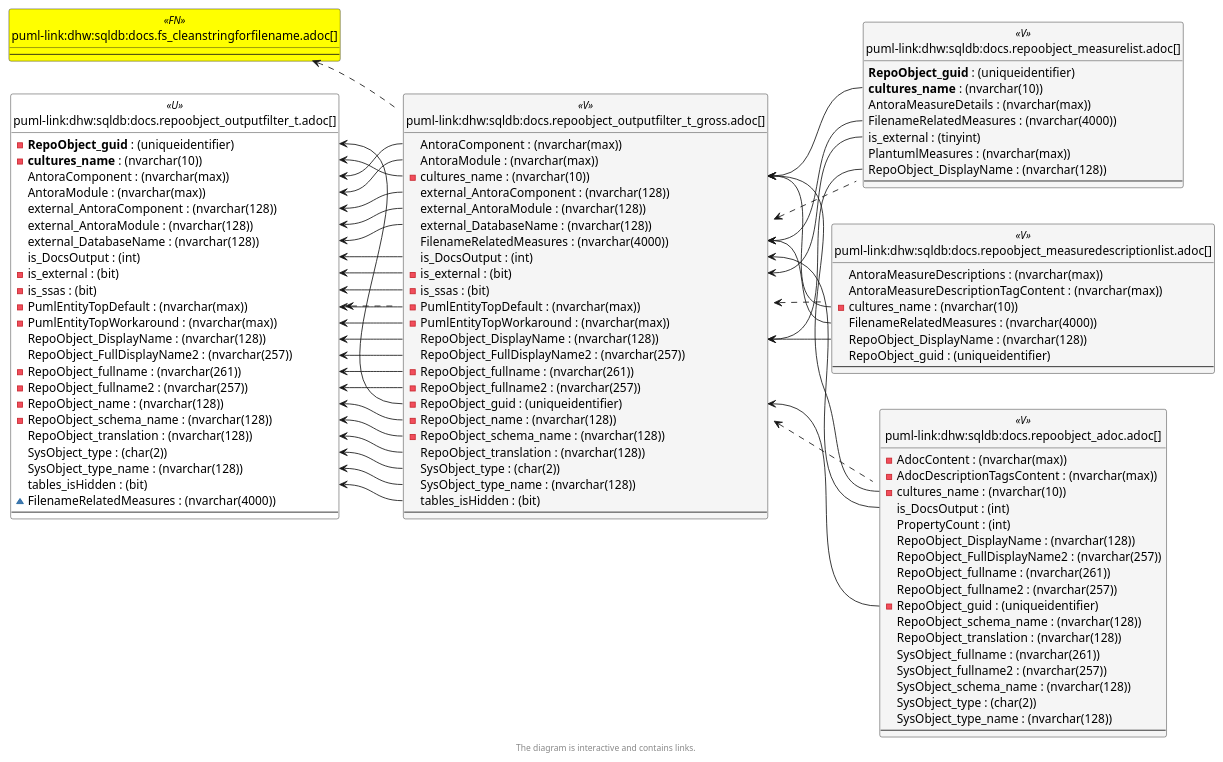
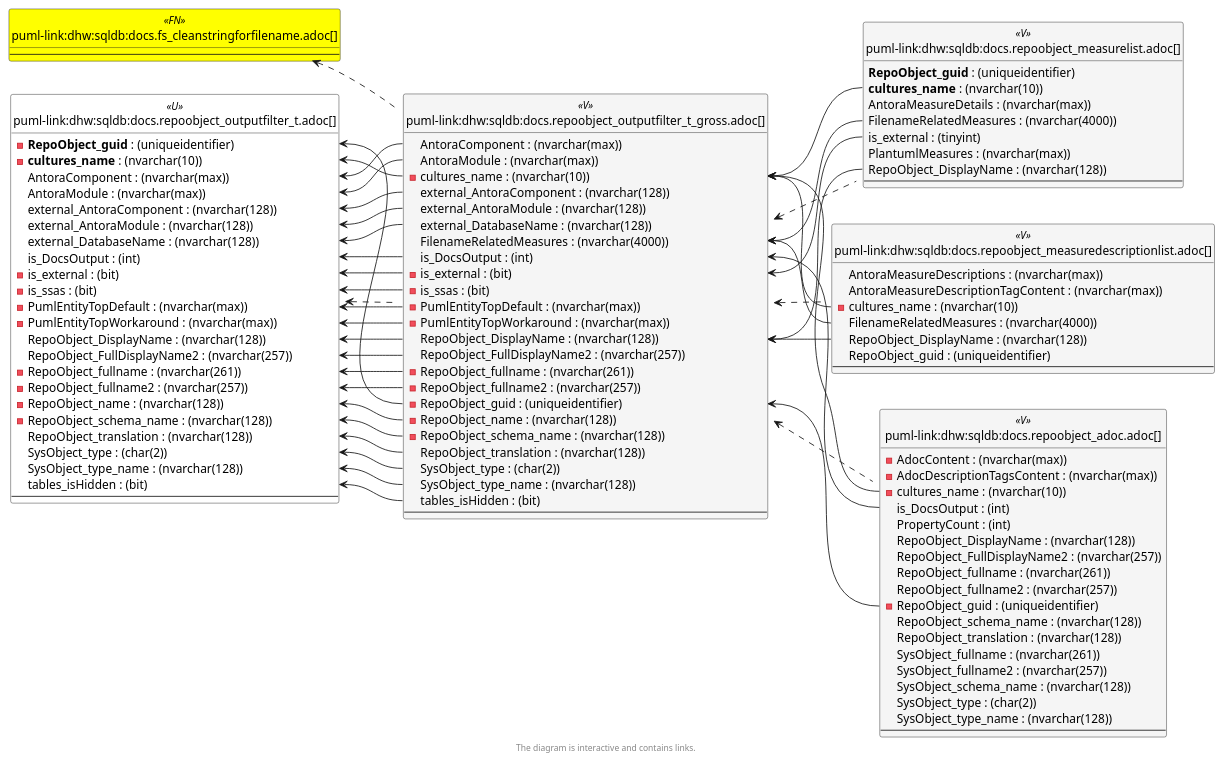
Before and after one commit to DataHandwerk/dhw-antora-sqldb: the sixth of 6 diagrams in docs/modules/sqldb/partials/content/docs.repoobject_outputfilter_t_gross.adoc, drawn with PlantUML. The commit also changed other lines of this file and 641 other files, not shown here.

```diff
--- a/docs/modules/sqldb/partials/content/docs.repoobject_outputfilter_t_gross.adoc
+++ b/docs/modules/sqldb/partials/content/docs.repoobject_outputfilter_t_gross.adoc
@@ -2347,7 +2347,6 @@
   SysObject_type : (char(2))
   SysObject_type_name : (nvarchar(128))
   tables_isHidden : (bit)
-  ~ FilenameRelatedMeasures : (nvarchar(4000))
   --
 }
 
@@ -2380,9 +2379,9 @@
 
 docs.fs_cleanStringForFilename <.. docs.RepoObject_OutputFilter_T_gross
 docs.RepoObject_OutputFilter_T <.. docs.RepoObject_OutputFilter_T_gross
-docs.RepoObject_OutputFilter_T_gross <.. docs.RepoObject_MeasureList
 docs.RepoObject_OutputFilter_T_gross <.. docs.RepoObject_Adoc
 docs.RepoObject_OutputFilter_T_gross <.. docs.RepoObject_MeasureDescriptionList
+docs.RepoObject_OutputFilter_T_gross <.. docs.RepoObject_MeasureList
 "docs.RepoObject_OutputFilter_T::AntoraComponent" <-- "docs.RepoObject_OutputFilter_T_gross::AntoraComponent"
 "docs.RepoObject_OutputFilter_T::AntoraModule" <-- "docs.RepoObject_OutputFilter_T_gross::AntoraModule"
 "docs.RepoObject_OutputFilter_T::cultures_name" <-- "docs.RepoObject_OutputFilter_T_gross::cultures_name"
```
